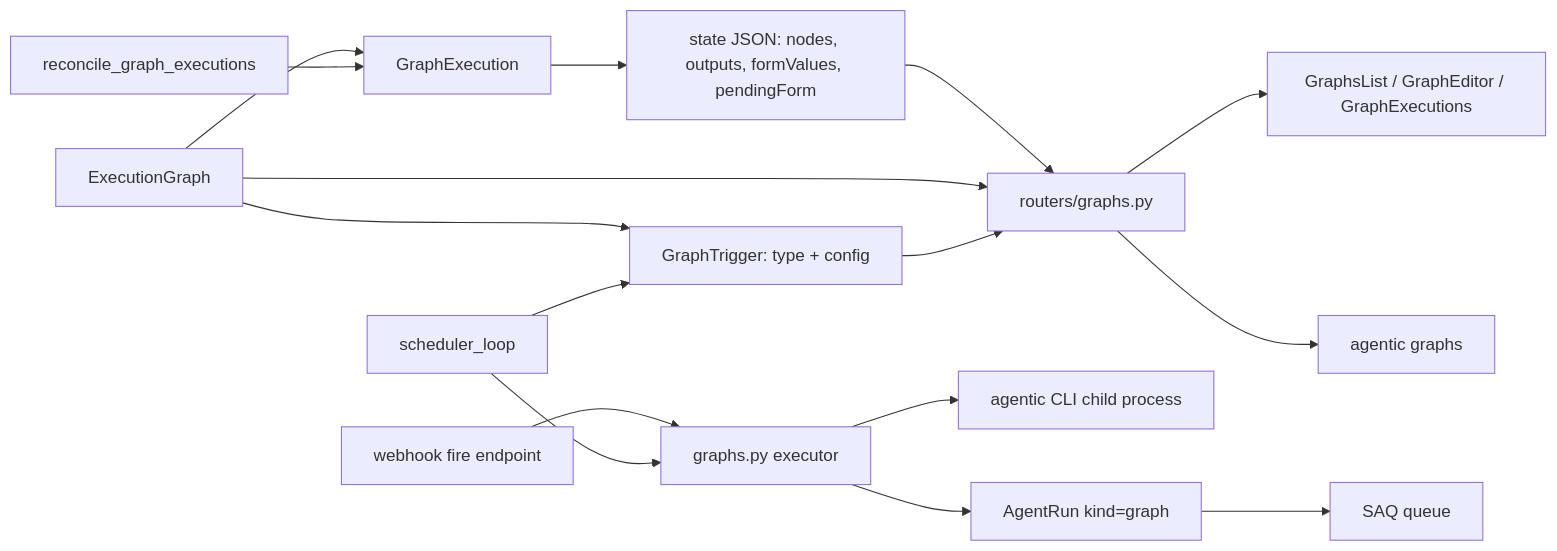
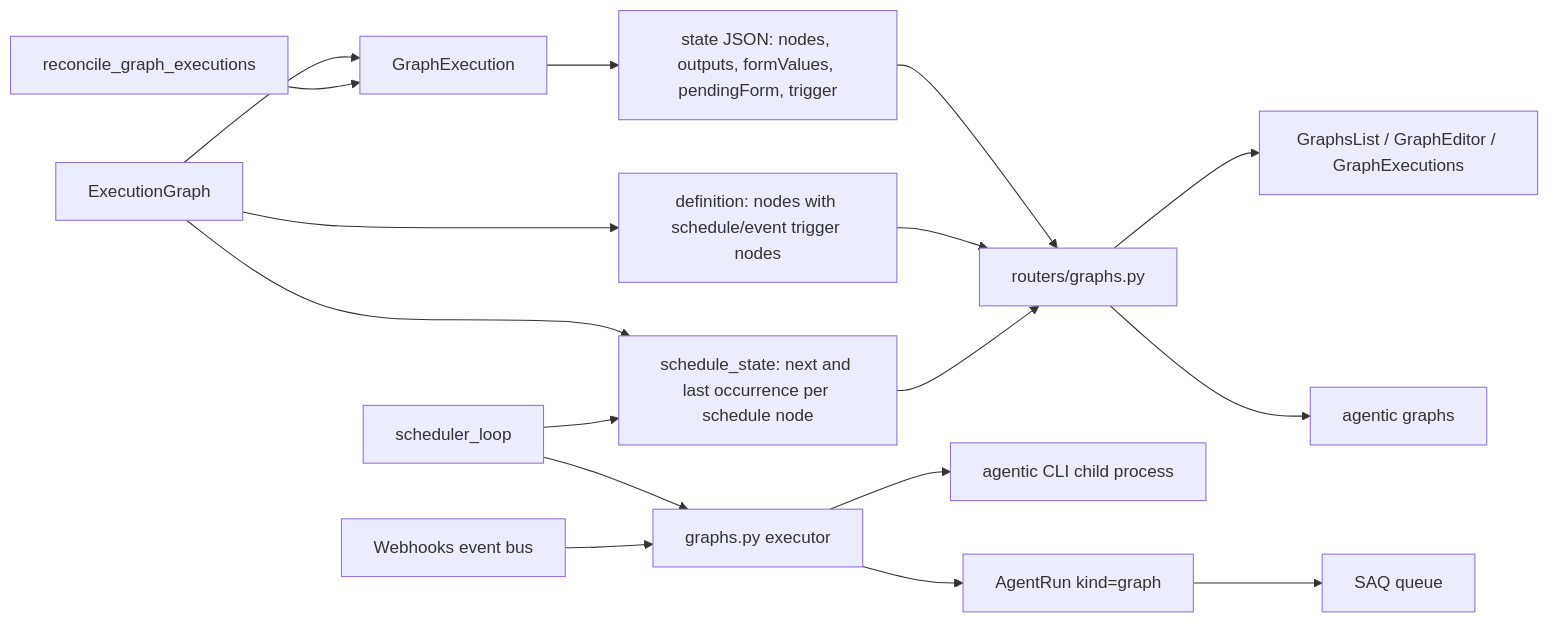
One commit to TomzxCode/agentic changed the first of 4 diagrams in .sdlc/features/p26-execution-graphs/specification.md. Above: the diagram before and after it, drawn with Mermaid. The commit also changed other lines of this file and 24 other files, not shown here.

First line of the commit message:
feat(graphs): make schedules trigger nodes in the definition

````diff
--- a/.sdlc/features/p26-execution-graphs/specification.md
+++ b/.sdlc/features/p26-execution-graphs/specification.md
@@ -21,18 +21,19 @@
 ```mermaid
 flowchart LR
-    G[ExecutionGraph] --> T[GraphTrigger: type + config]
+    G[ExecutionGraph] --> D[definition: nodes with schedule/event trigger nodes]
+    G --> SS[schedule_state: next and last occurrence per schedule node]
     G --> E[GraphExecution]
-    E --> S[state JSON: nodes, outputs, formValues, pendingForm]
+    E --> S[state JSON: nodes, outputs, formValues, pendingForm, trigger]
     EX[graphs.py executor] --> AR[AgentRun kind=graph]
     EX --> CLI[agentic CLI child process]
     AR --> Q[SAQ queue]
     S --> R[routers/graphs.py]
-    G --> R
-    T --> R
+    D --> R
+    SS --> R
     R --> SPA[GraphsList / GraphEditor / GraphExecutions]
     R --> C[agentic graphs]
-    SCH[scheduler_loop] --> T
-    WH[webhook fire endpoint] --> EX
+    SCH[scheduler_loop] --> SS
     SCH --> EX
+    WH[Webhooks event bus] --> EX
     REC[reconcile_graph_executions] --> E
 ```
````
